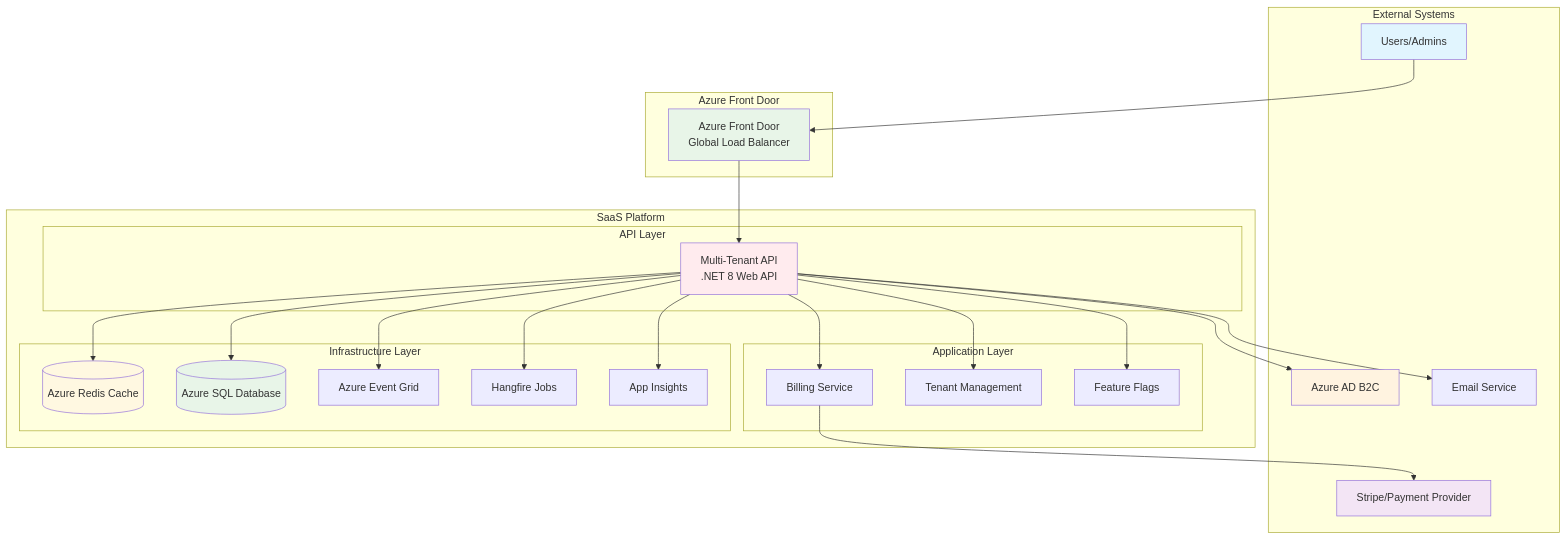
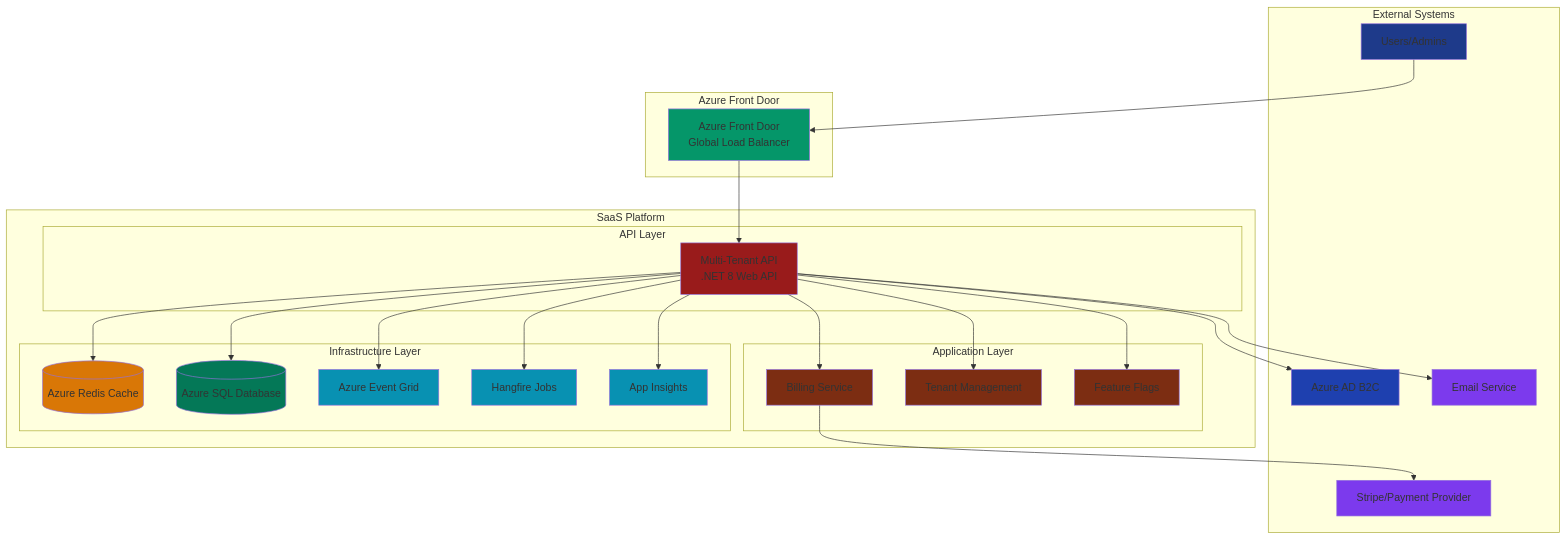
Before and after one commit to nithinmohantk/dotnet-multi-tenant-saas-boilerplate-with-advanced-features: the first of 11 diagrams in README.md, drawn with Mermaid. The commit also changed other lines of this file, not shown here.

````diff
--- a/README.md
+++ b/README.md
@@ -159,55 +159,62 @@
 ```mermaid
 graph TB
     subgraph "External Systems"
         Users[Users/Admins]
         AzureAD[Azure AD B2C]
         Stripe[Stripe/Payment Provider]
         EmailService[Email Service]
     end
     
     subgraph "Azure Front Door"
         FD[Azure Front Door<br/>Global Load Balancer]
     end
     
     subgraph "SaaS Platform"
         subgraph "API Layer"
             API[Multi-Tenant API<br/>.NET 8 Web API]
         end
         
         subgraph "Application Layer"
             Billing[Billing Service]
             TenantMgmt[Tenant Management]
             FeatureFlags[Feature Flags]
         end
         
         subgraph "Infrastructure Layer"
             Redis[(Azure Redis Cache)]
             SQL[(Azure SQL Database)]
             EventGrid[Azure Event Grid]
             Hangfire[Hangfire Jobs]
             AppInsights[App Insights]
         end
     end
     
     Users --> FD
     FD --> API
     API --> AzureAD
     API --> Billing
     Billing --> Stripe
     API --> EmailService
     API --> TenantMgmt
     API --> FeatureFlags
     API --> Redis
     API --> SQL
     API --> EventGrid
     API --> Hangfire
     API --> AppInsights
     
-    style Users fill:#e1f5fe
-    style AzureAD fill:#fff3e0
-    style Stripe fill:#f3e5f5
-    style FD fill:#e8f5e8
-    style API fill:#ffebee
-    style Redis fill:#fff8e1
-    style SQL fill:#e8f5e8
+    style Users fill:#1e3a8a
+    style AzureAD fill:#1e40af
+    style Stripe fill:#7c3aed
+    style FD fill:#059669
+    style API fill:#991b1b
+    style Redis fill:#d97706
+    style SQL fill:#047857
+    style Billing fill:#7c2d12
+    style TenantMgmt fill:#7c2d12
+    style FeatureFlags fill:#7c2d12
+    style EventGrid fill:#0891b2
+    style Hangfire fill:#0891b2
+    style AppInsights fill:#0891b2
+    style EmailService fill:#7c3aed
 ```
````
